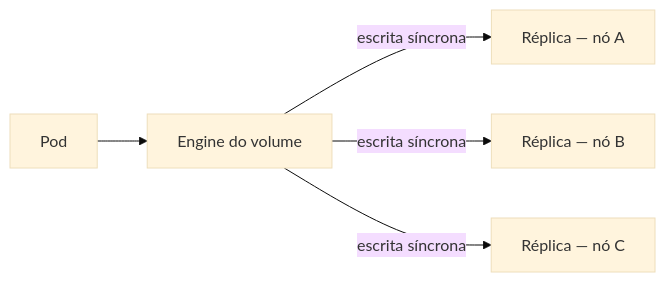
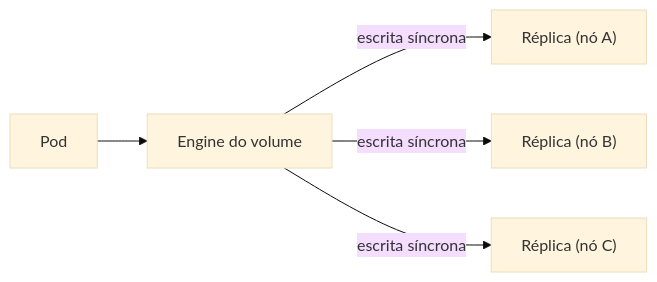
The diagram in src/content/docs/learn/storage/longhorn-overview.md (guesant/cluster-management-notes), drawn with Mermaid (base theme) before and after one commit. The commit also changed other lines of this file and 84 other files, not shown here.

````diff
--- a/src/content/docs/learn/storage/longhorn-overview.md
+++ b/src/content/docs/learn/storage/longhorn-overview.md
@@ -16,10 +16,10 @@
 ```mermaid
 flowchart LR
     accTitle: Componentes de um volume Longhorn
     accDescr: O engine do volume atende ao Pod e replica escritas de forma síncrona para réplicas distribuídas em diferentes discos e nós.
 
     Pod["Pod"] --> Engine["Engine do volume"]
-    Engine -->|"escrita síncrona"| ReplicaA["Réplica — nó A"]
-    Engine -->|"escrita síncrona"| ReplicaB["Réplica — nó B"]
-    Engine -->|"escrita síncrona"| ReplicaC["Réplica — nó C"]
+    Engine -->|"escrita síncrona"| ReplicaA["Réplica (nó A)"]
+    Engine -->|"escrita síncrona"| ReplicaB["Réplica (nó B)"]
+    Engine -->|"escrita síncrona"| ReplicaC["Réplica (nó C)"]
 ```
````
